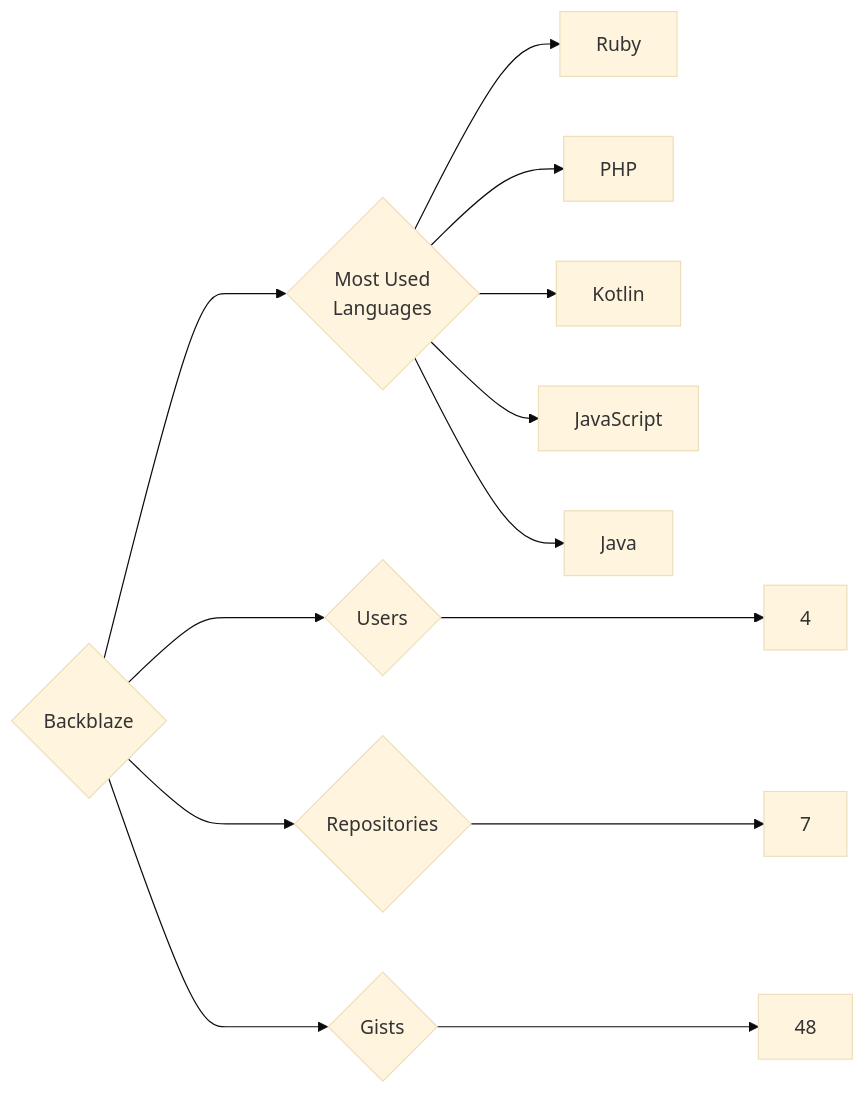
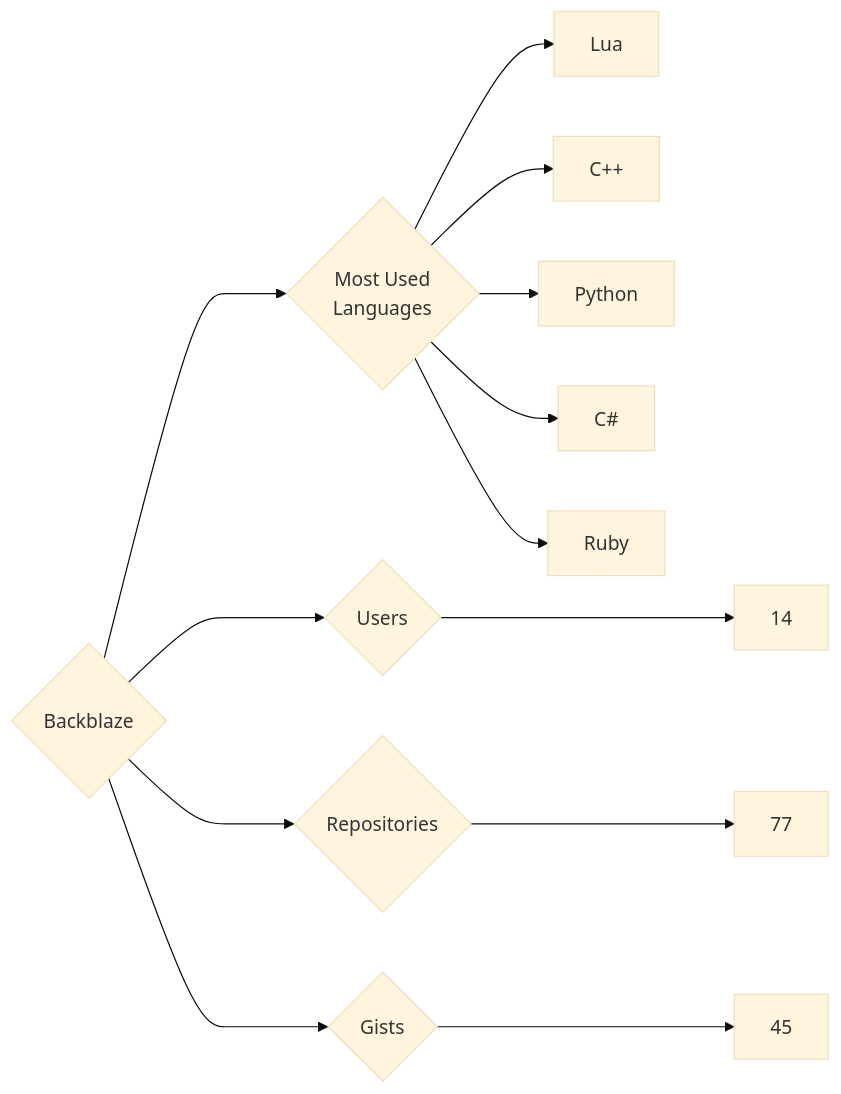
Before and after one commit to trickest/insiders: the diagram in targets/Backblaze/README.md, drawn with Mermaid (base theme). The commit also changed 1120 other files, not shown here.

````diff
--- a/targets/Backblaze/README.md
+++ b/targets/Backblaze/README.md
@@ -3,13 +3,13 @@
 ```mermaid
 graph LR
 COMPANY_NAME{Backblaze}
-COMPANY_NAME ---> U{Users} ---> UN[4]
-COMPANY_NAME ---> R{Repositories} ---> RN[7]
-COMPANY_NAME ---> G{Gists} ---> GN[48]
+COMPANY_NAME ---> U{Users} ---> UN[14]
+COMPANY_NAME ---> R{Repositories} ---> RN[77]
+COMPANY_NAME ---> G{Gists} ---> GN[45]
 COMPANY_NAME ---> ML{Most Used<br>Languages}
+ML --> Lua[Lua]
+ML --> C++[C++]
+ML --> Python[Python]
+ML --> C#[C#]
 ML --> Ruby[Ruby]
-ML --> PHP[PHP]
-ML --> Kotlin[Kotlin]
-ML --> JavaScript[JavaScript]
-ML --> Java[Java]
 ```
````
